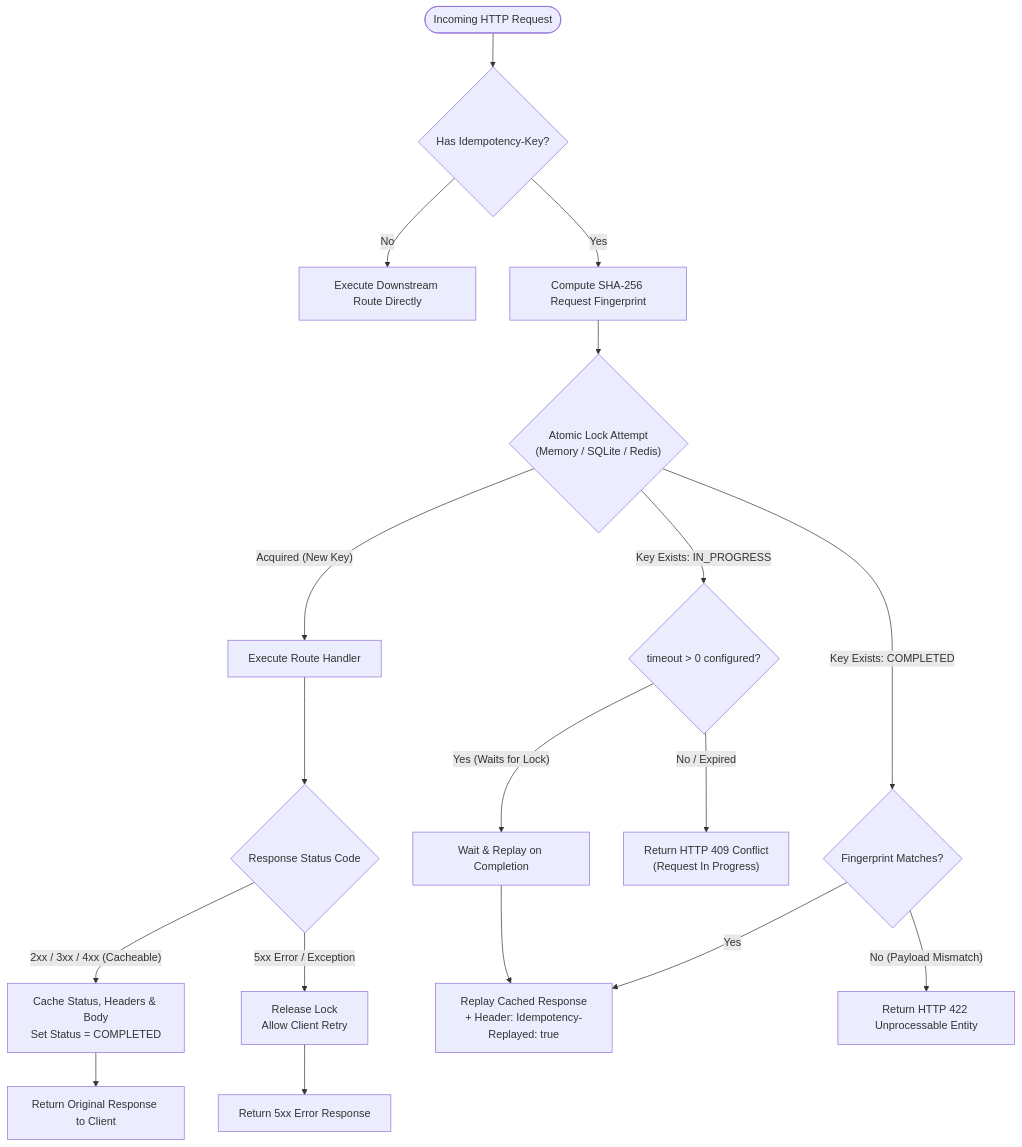
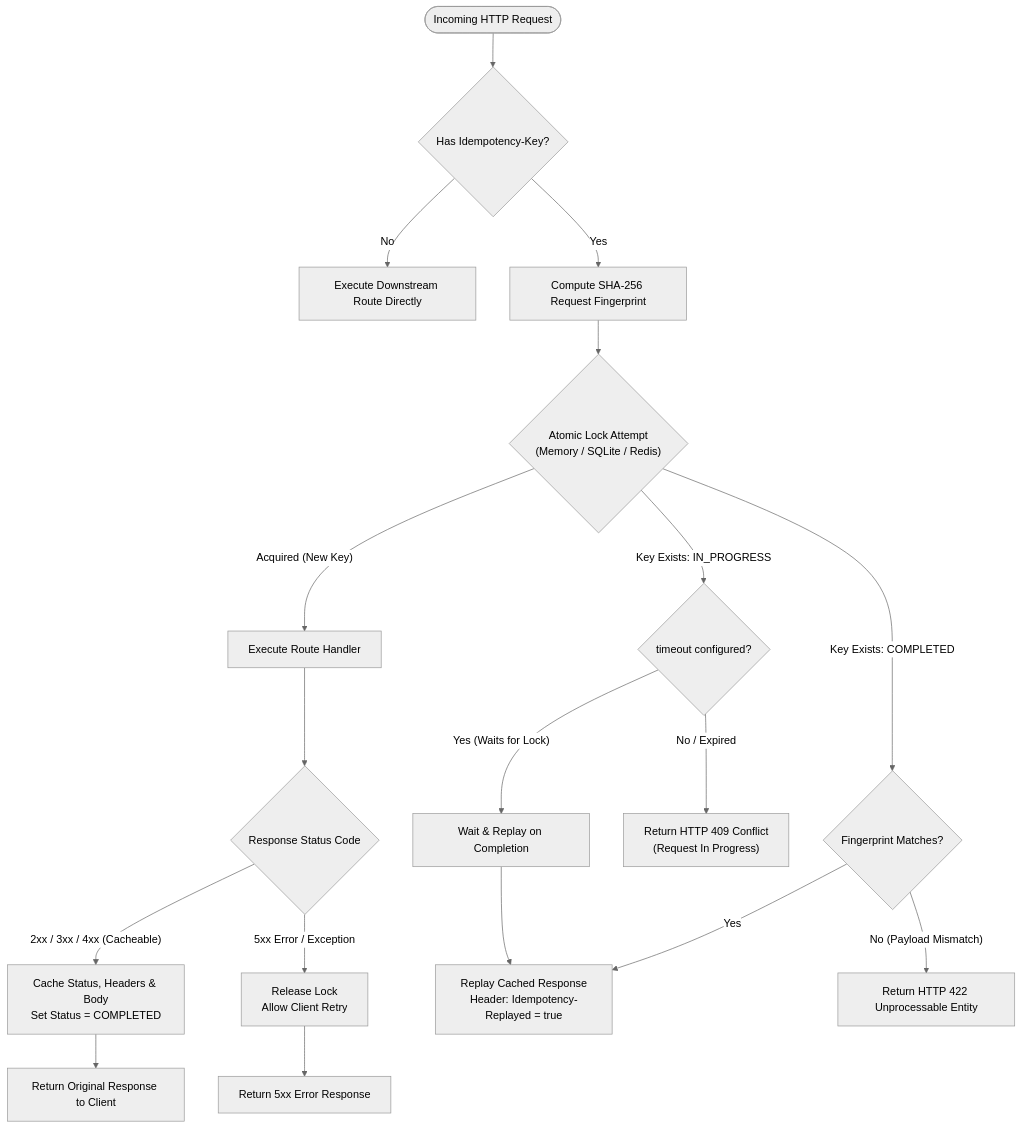
The diagram in README.md (Luan1Schons/fastapi-idempotency-key), drawn with Mermaid before and after one commit.

Commit message:
fix(docs): add neutral theme to mermaid diagram for GitHub dark mode readability

````diff
--- a/README.md
+++ b/README.md
@@ -72,27 +72,28 @@
 ```mermaid
+%%{init: {'theme': 'neutral'}}%%
 flowchart TD
     Start(["Incoming HTTP Request"]) --> CheckHeader{"Has Idempotency-Key?"}
 
     CheckHeader -- No --> PassThrough["Execute Downstream Route Directly"]
     CheckHeader -- Yes --> CalcFP["Compute SHA-256 Request Fingerprint"]
 
     CalcFP --> TryLock{"Atomic Lock Attempt<br/>(Memory / SQLite / Redis)"}
 
     TryLock -- "Acquired (New Key)" --> ExecHandler["Execute Route Handler"]
 
     ExecHandler --> StatusCheck{"Response Status Code"}
     StatusCheck -- "2xx / 3xx / 4xx (Cacheable)" --> CacheResp["Cache Status, Headers & Body<br/>Set Status = COMPLETED"]
     StatusCheck -- "5xx Error / Exception" --> ReleaseLock["Release Lock<br/>Allow Client Retry"]
 
     CacheResp --> ReturnOriginal["Return Original Response to Client"]
     ReleaseLock --> ReturnError["Return 5xx Error Response"]
 
     TryLock -- "Key Exists: COMPLETED" --> VerifyFP{"Fingerprint Matches?"}
-    VerifyFP -- "Yes" --> ReplayCached["Replay Cached Response<br/>+ Header: Idempotency-Replayed: true"]
+    VerifyFP -- "Yes" --> ReplayCached["Replay Cached Response<br/>Header: Idempotency-Replayed = true"]
     VerifyFP -- "No (Payload Mismatch)" --> RejectMismatch["Return HTTP 422 Unprocessable Entity"]
 
-    TryLock -- "Key Exists: IN_PROGRESS" --> CheckTimeout{"timeout > 0 configured?"}
+    TryLock -- "Key Exists: IN_PROGRESS" --> CheckTimeout{"timeout configured?"}
     CheckTimeout -- "No / Expired" --> ReturnConflict["Return HTTP 409 Conflict<br/>(Request In Progress)"]
     CheckTimeout -- "Yes (Waits for Lock)" --> AwaitComplete["Wait & Replay on Completion"]
     AwaitComplete --> ReplayCached
 ```
````
